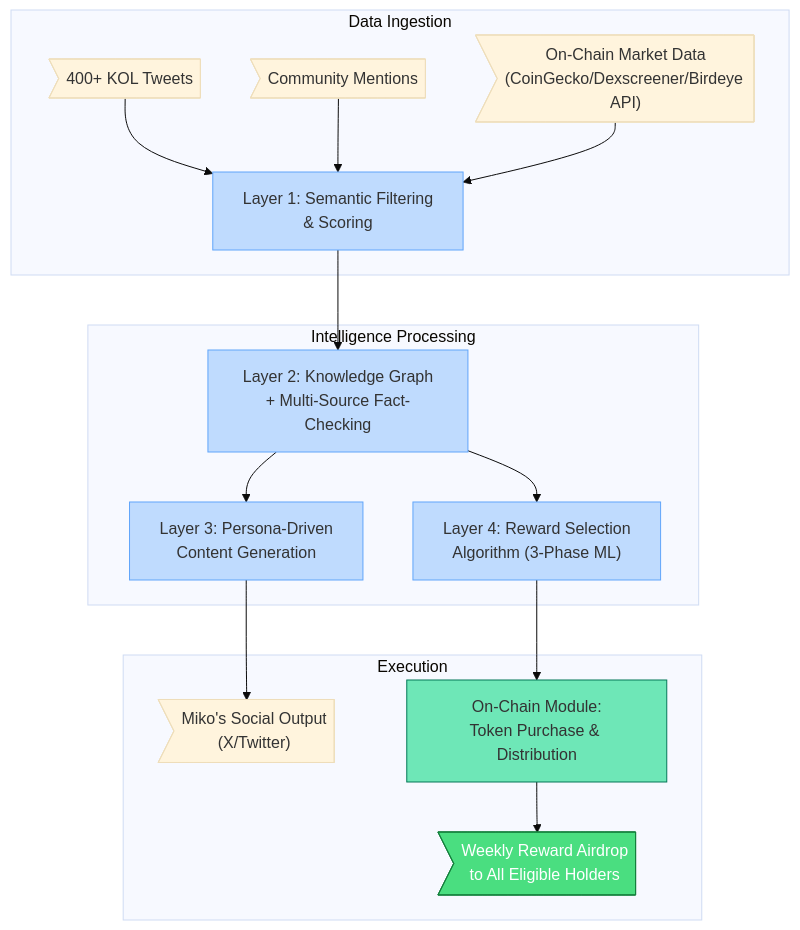
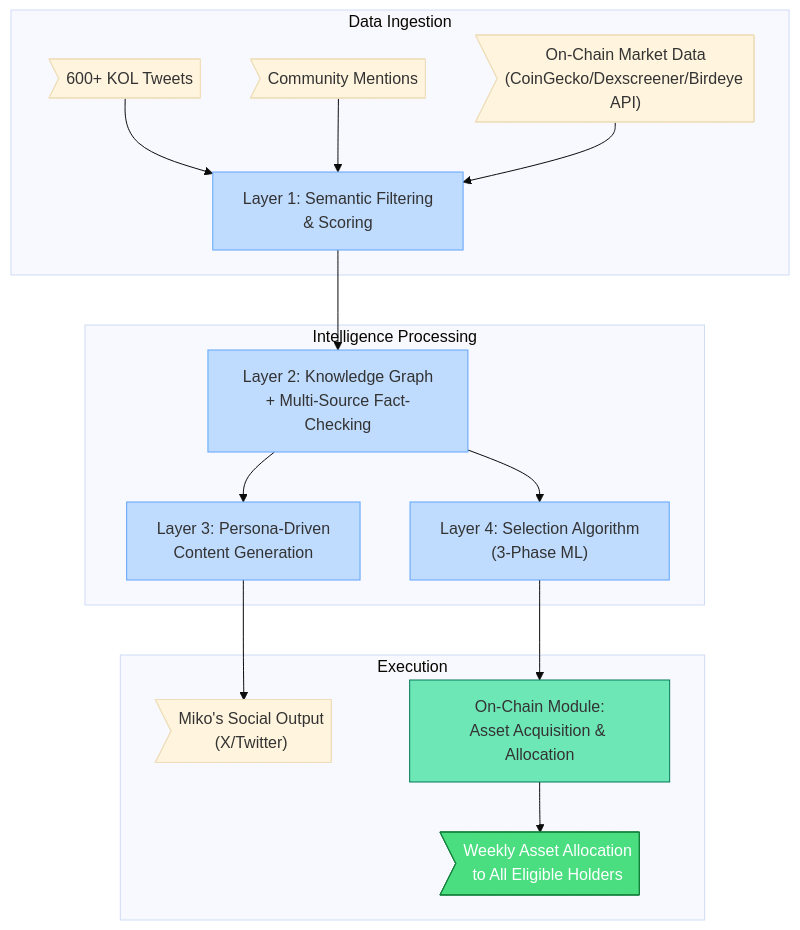
Before and after one commit to Miko-Protocol/docs: the first of 2 diagrams in docs/introduction.md, drawn with Mermaid (base theme). The commit also changed other lines of this file and 4 other files, not shown here.

````diff
--- a/docs/introduction.md
+++ b/docs/introduction.md
@@ -56,25 +29,25 @@
 ```mermaid
 graph TD
     subgraph "Data Ingestion"
-        A>"400+ KOL Tweets"] --> D
+        A>"600+ KOL Tweets"] --> D
         B>"Community Mentions"] --> D
         C>"On-Chain Market Data<br/>(CoinGecko/Dexscreener/Birdeye API)"] --> D
         D["Layer 1: Semantic Filtering<br/>& Scoring"]
     end
     subgraph "Intelligence Processing"
         D --> E["Layer 2: Knowledge Graph<br/>+ Multi-Source Fact-Checking"]
         E --> F["Layer 3: Persona-Driven<br/>Content Generation"]
-        E --> G["Layer 4: Reward Selection<br/>Algorithm (3-Phase ML)"]
+        E --> G["Layer 4: Selection Algorithm<br/>(3-Phase ML)"]
     end
     subgraph "Execution"
         F --> H>"Miko's Social Output<br/>(X/Twitter)"]
-        G --> I["On-Chain Module:<br/>Token Purchase & Distribution"]
-        I --> J>"Weekly Reward Airdrop<br/>to All Eligible Holders"]
+        G --> I["On-Chain Module:<br/>Asset Acquisition & Allocation"]
+        I --> J>"Weekly Asset Allocation<br/>to All Eligible Holders"]
     end
     style D fill:#bfdbfe,stroke:#60a5fa
     style E fill:#bfdbfe,stroke:#60a5fa
     style F fill:#bfdbfe,stroke:#60a5fa
     style G fill:#bfdbfe,stroke:#60a5fa
     style I fill:#6ee7b7,stroke:#047857
     style J fill:#4ade80,stroke:#15803d,color:#fff
 ```
````
